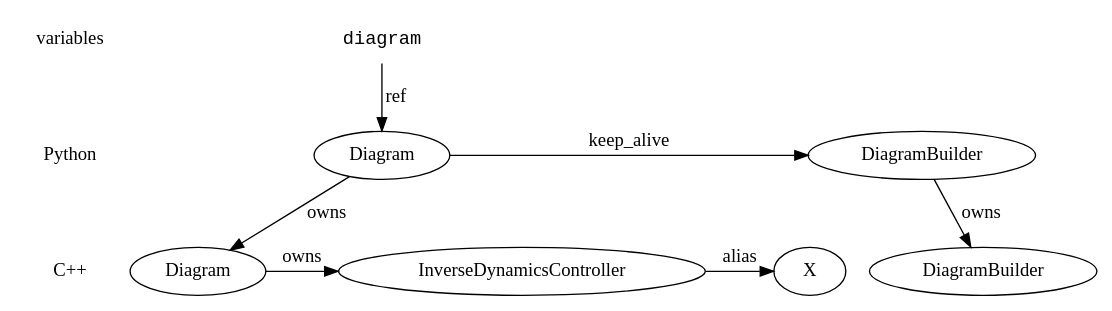
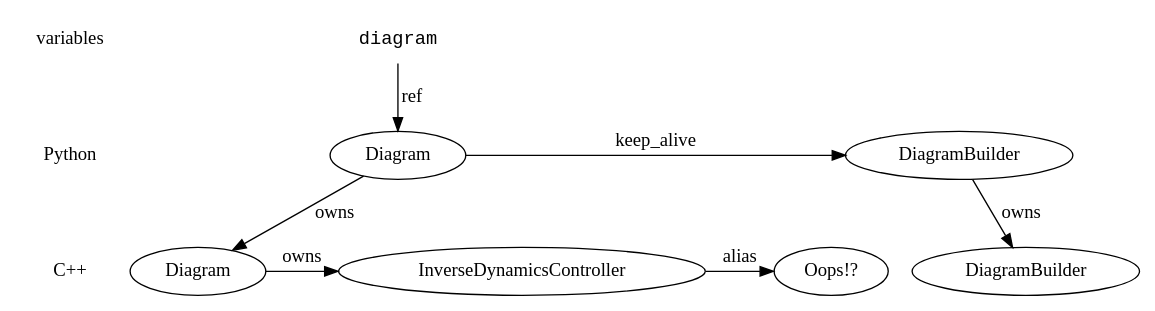
The diagram in too-hot2.dot (rpoyner-tri/drake), drawn with Graphviz before and after one commit.

Commit message:
wip: better label for crash node

```diff
--- a/too-hot2.dot
+++ b/too-hot2.dot
@@ -1,32 +1,33 @@
 digraph G {
 
 {
  node [shape=plaintext];
  edge [style=invis];
  variables -> Python -> "C++";
 }
 {
  node [shape=plaintext, fontname="Courier"];
  diagram;
 }
 
 pydb [label="DiagramBuilder"];
 cdb [label="DiagramBuilder"];
 cidc [label="InverseDynamicsController"];
 pydgm [label="Diagram"];
 cdgm [label="Diagram"];
+X [label="Oops!?"];
 
 { rank = same; variables; diagram; }
 { rank = same; Python; pydb; pydgm; }
 { rank = same; "C++"; cdb; cidc; cdgm; X; }
 
  pydb -> cdb [label="owns"];
 
  diagram -> pydgm [label="ref"];
  pydgm -> cdgm [label="owns"];
  cdgm -> cidc [label="owns"];
 
  pydgm -> pydb [label="keep_alive"];
 
  cidc -> X [label="alias"];
 }
```
